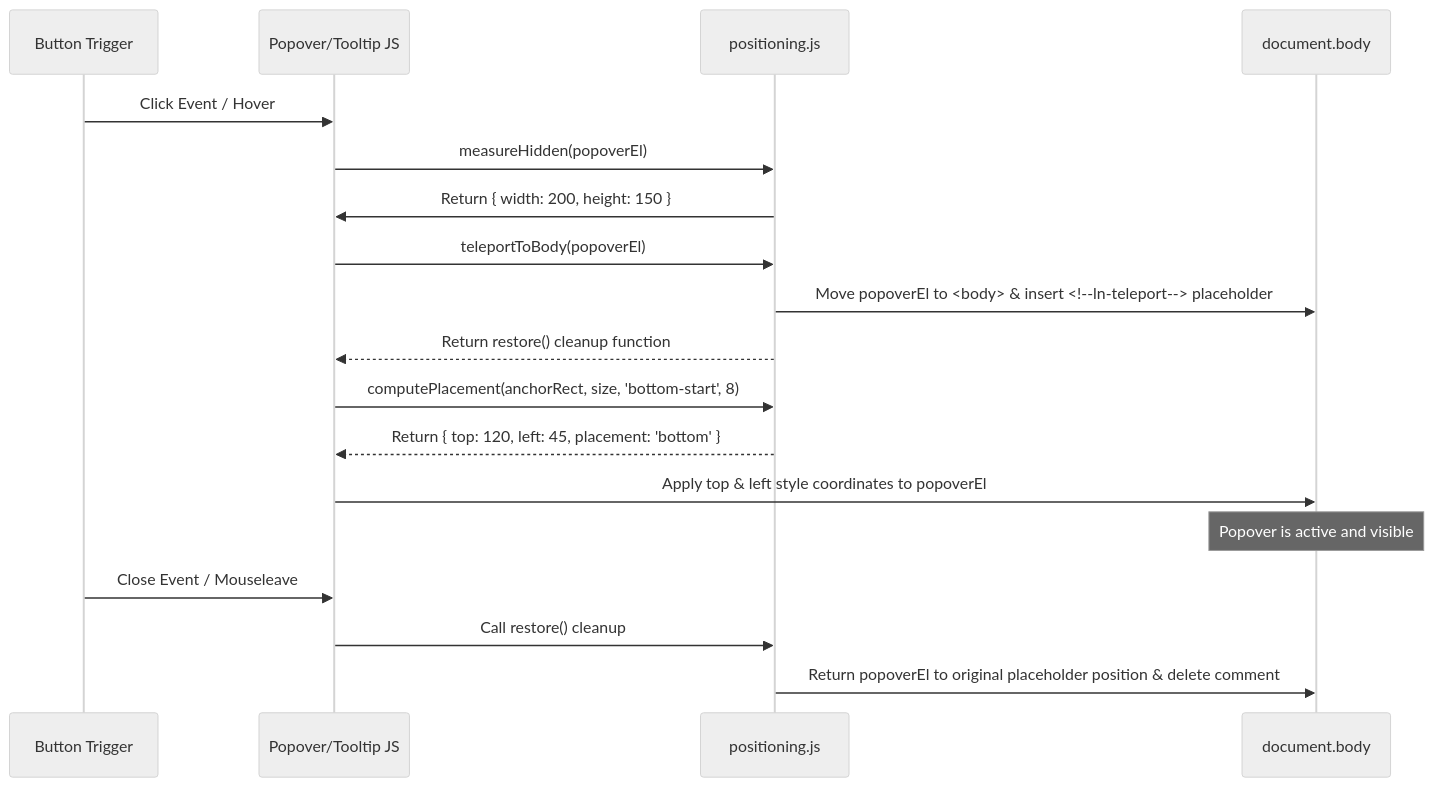
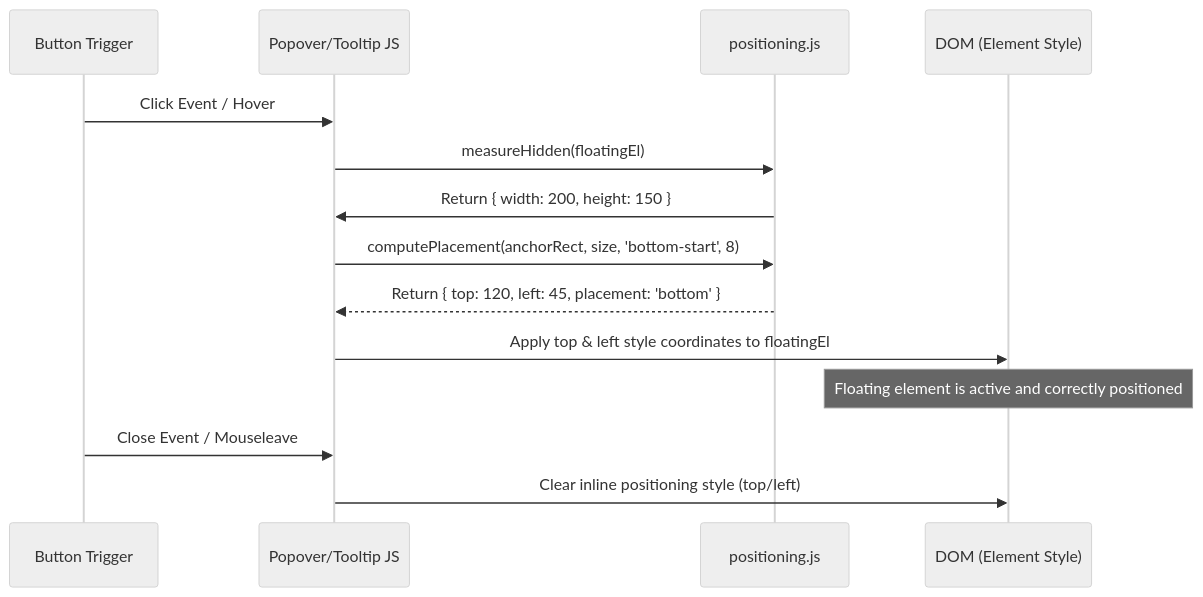
Before and after one commit to livenetworks/ln-ashlar: the diagram in architecture_docs_draft/components/positioning.md, drawn with Mermaid (neutral theme). The commit also changed other lines of this file and 19 other files, not shown here.

````diff
--- a/architecture_docs_draft/components/positioning.md
+++ b/architecture_docs_draft/components/positioning.md
@@ -91,26 +79,21 @@
 ```mermaid
 sequenceDiagram
     participant Trigger as Button Trigger
     participant Component as Popover/Tooltip JS
     participant Core as positioning.js
-    participant DOM as document.body
+    participant DOM as DOM (Element Style)
 
     Trigger->>Component: Click Event / Hover
-    Component->>Core: measureHidden(popoverEl)
+    Component->>Core: measureHidden(floatingEl)
     Core->>Component: Return { width: 200, height: 150 }
-    
-    Component->>Core: teleportToBody(popoverEl)
-    Core->>DOM: Move popoverEl to <body> & insert <!--ln-teleport--> placeholder
-    Core-->>Component: Return restore() cleanup function
     
     Component->>Core: computePlacement(anchorRect, size, 'bottom-start', 8)
     Core-->>Component: Return { top: 120, left: 45, placement: 'bottom' }
     
-    Component->>DOM: Apply top & left style coordinates to popoverEl
+    Component->>DOM: Apply top & left style coordinates to floatingEl
     
-    Note over DOM: Popover is active and visible
+    Note over DOM: Floating element is active and correctly positioned
     
     Trigger->>Component: Close Event / Mouseleave
-    Component->>Core: Call restore() cleanup
-    Core->>DOM: Return popoverEl to original placeholder position & delete comment
+    Component->>DOM: Clear inline positioning style (top/left)
 ```
````
